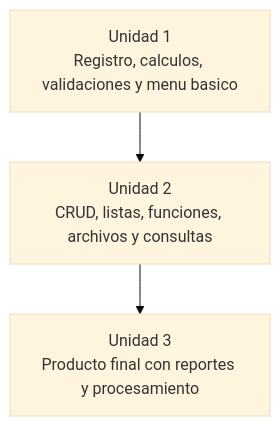
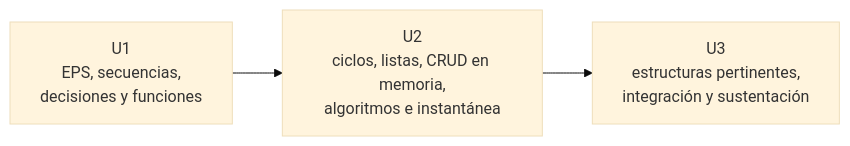
One commit to 262fp/market-cli changed the diagram in docs/productos.md. Above: the diagram before and after it, drawn with Mermaid (base theme). The commit also changed other lines of this file and 38 other files, not shown here.

````diff
--- a/docs/productos.md
+++ b/docs/productos.md
@@ -41,8 +13,7 @@
 ```mermaid
-flowchart TB
-    U1[Unidad 1<br/>Registro, calculos, validaciones y menu basico]
-    U2[Unidad 2<br/>CRUD, listas, funciones, archivos y consultas]
-    U3[Unidad 3<br/>Producto final con reportes y procesamiento]
-
+flowchart LR
+    U1[U1<br/>EPS, secuencias,<br/>decisiones y funciones]
+    U2[U2<br/>ciclos, listas, CRUD en memoria,<br/>algoritmos e instantánea]
+    U3[U3<br/>estructuras pertinentes,<br/>integración y sustentación]
     U1 --> U2 --> U3
 ```
````
